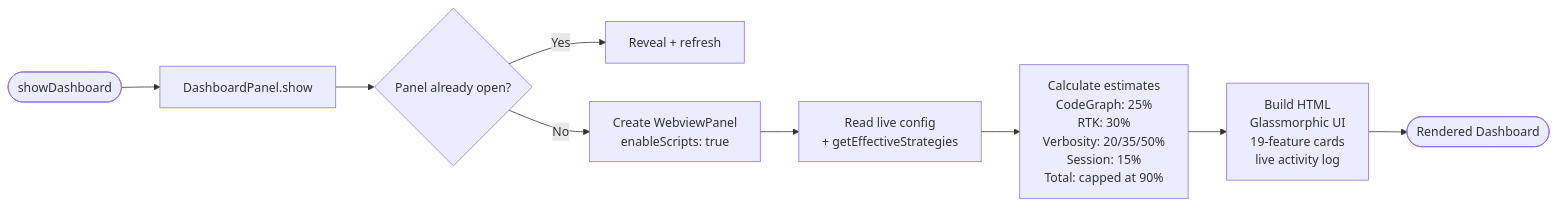
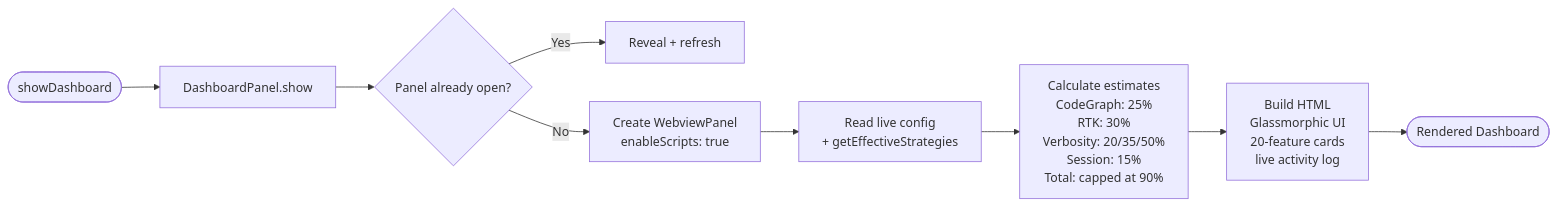
Before and after one commit to sarfudheen/tokenshield: the ninth of 9 diagrams in ARCHITECTURE.md, drawn with Mermaid. The commit also changed other lines of this file and 43 other files, not shown here.

````diff
--- a/ARCHITECTURE.md
+++ b/ARCHITECTURE.md
@@ -529,11 +529,11 @@
 ```mermaid
 flowchart LR
     A([showDashboard]) --> B[DashboardPanel.show]
     B --> C{Panel already open?}
     C -- Yes --> D[Reveal + refresh]
     C -- No --> E[Create WebviewPanel\nenableScripts: true]
     E --> F[Read live config\n+ getEffectiveStrategies]
     F --> G[Calculate estimates\nCodeGraph: 25%\nRTK: 30%\nVerbosity: 20/35/50%\nSession: 15%\nTotal: capped at 90%]
-    G --> H[Build HTML\nGlassmorphic UI\n19-feature cards\nlive activity log]
+    G --> H[Build HTML\nGlassmorphic UI\n20-feature cards\nlive activity log]
     H --> I([Rendered Dashboard])
 ```
````
